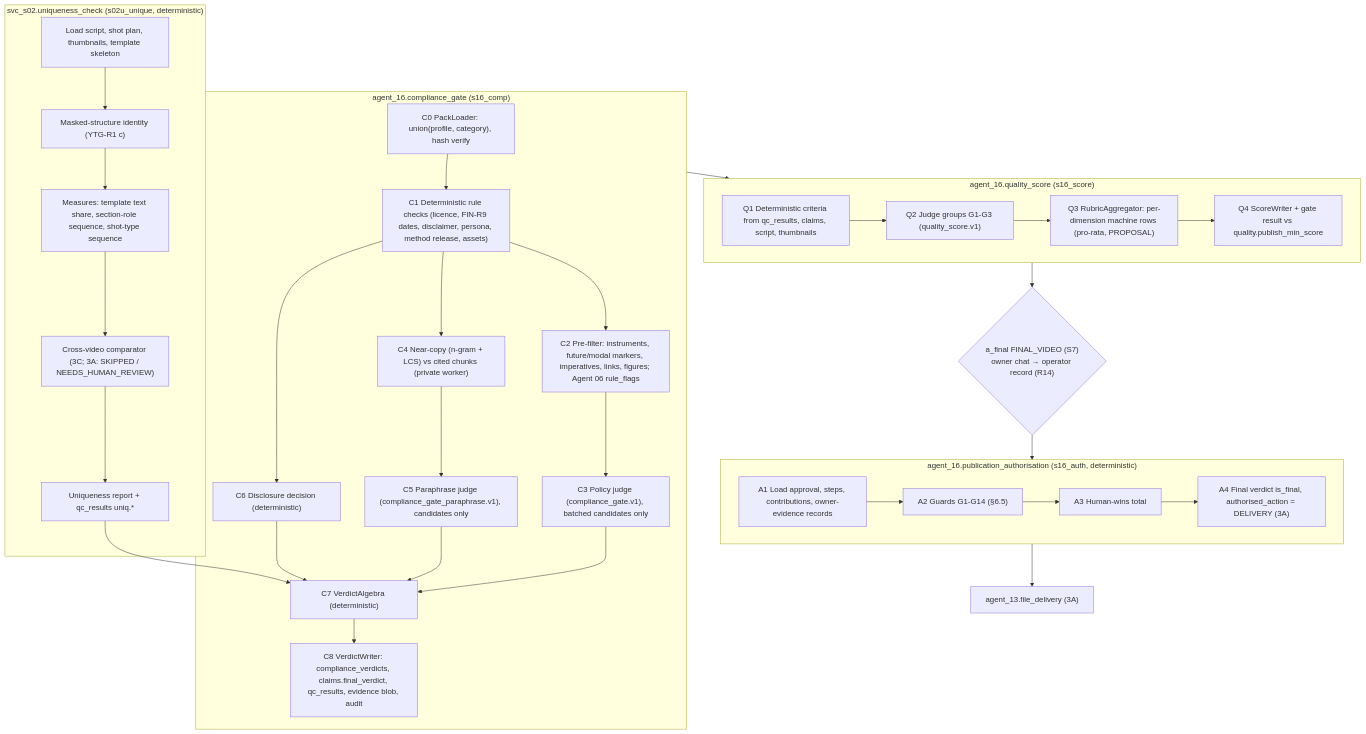
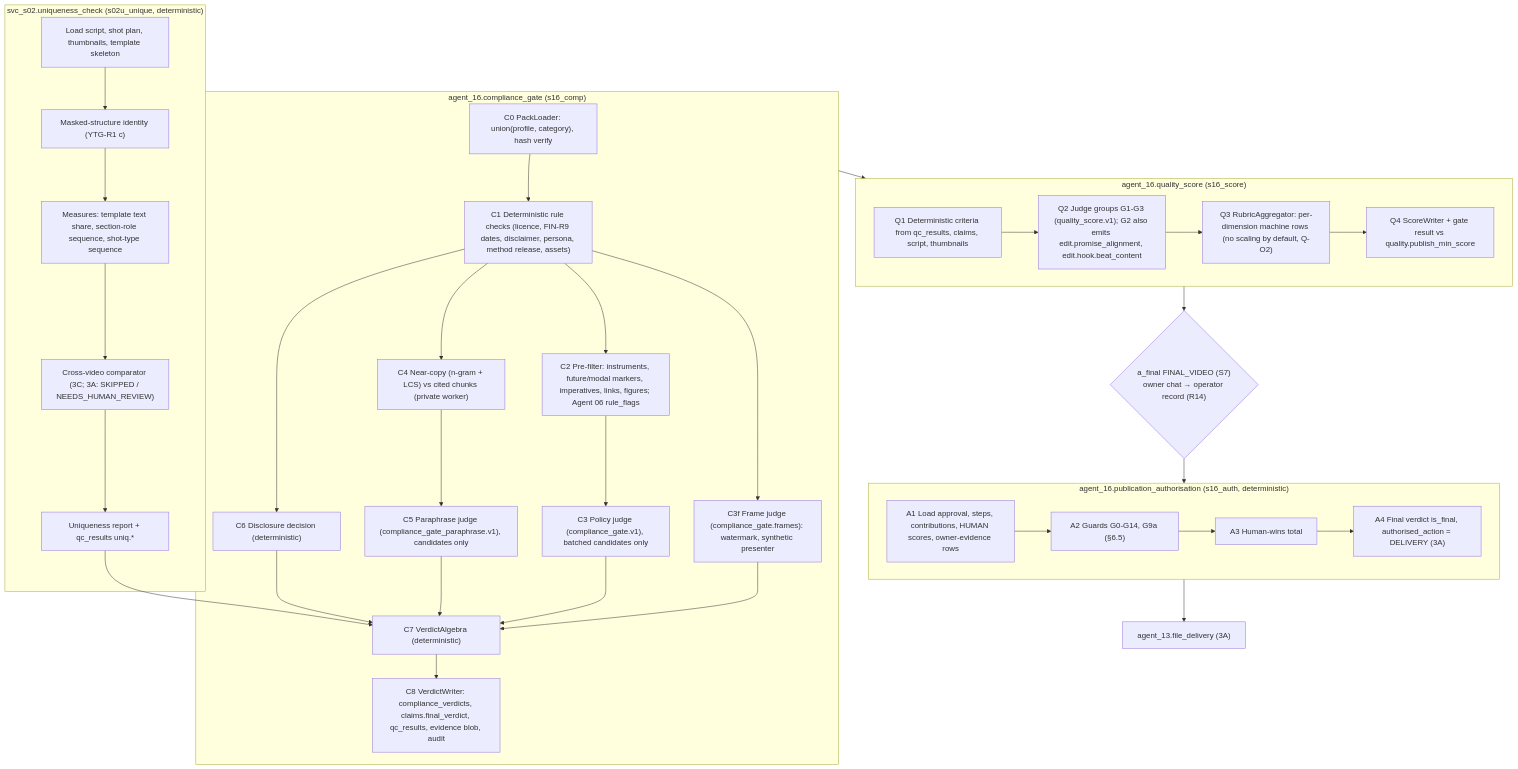
The diagram in docs/v4/agents/agent_16_compliance_qa.md (abhiwasu007-a11y/Media), drawn with Mermaid before and after one commit. The commit also changed other lines of this file and 7 other files, not shown here.

First line of the commit message:
docs(v4): agent 16 blueprint, gate/paraphrase/frames prompts and gate eval aligned to merged contracts (part 1)

````diff
--- a/docs/v4/agents/agent_16_compliance_qa.md
+++ b/docs/v4/agents/agent_16_compliance_qa.md
@@ -98,36 +101,38 @@
 ```mermaid
 flowchart TD
   subgraph S02["svc_s02.uniqueness_check (s02u_unique, deterministic)"]
     U1["Load script, shot plan, thumbnails, template skeleton"] --> U2["Masked-structure identity (YTG-R1 c)"]
     U2 --> U3["Measures: template text share, section-role sequence, shot-type sequence"]
     U3 --> U4["Cross-video comparator (3C; 3A: SKIPPED / NEEDS_HUMAN_REVIEW)"]
     U4 --> U5["Uniqueness report + qc_results uniq.*"]
   end
   subgraph CG["agent_16.compliance_gate (s16_comp)"]
     C0["C0 PackLoader: union(profile, category), hash verify"] --> C1["C1 Deterministic rule checks (licence, FIN-R9 dates, disclaimer, persona, method release, assets)"]
     C1 --> C2["C2 Pre-filter: instruments, future/modal markers, imperatives, links, figures; Agent 06 rule_flags"]
     C2 --> C3["C3 Policy judge (compliance_gate.v1), batched candidates only"]
+    C1 --> C3F["C3f Frame judge (compliance_gate.frames): watermark, synthetic presenter"]
+    C3F --> C7
     C1 --> C4["C4 Near-copy (n-gram + LCS) vs cited chunks (private worker)"]
     C4 --> C5["C5 Paraphrase judge (compliance_gate_paraphrase.v1), candidates only"]
     C1 --> C6["C6 Disclosure decision (deterministic)"]
     C3 --> C7["C7 VerdictAlgebra (deterministic)"]
     C5 --> C7
     C6 --> C7
     U5 --> C7
     C7 --> C8["C8 VerdictWriter: compliance_verdicts, claims.final_verdict, qc_results, evidence blob, audit"]
   end
   subgraph QS["agent_16.quality_score (s16_score)"]
-    Q1["Q1 Deterministic criteria from qc_results, claims, script, thumbnails"] --> Q2["Q2 Judge groups G1-G3 (quality_score.v1)"]
-    Q2 --> Q3["Q3 RubricAggregator: per-dimension machine rows (pro-rata, PROPOSAL)"]
+    Q1["Q1 Deterministic criteria from qc_results, claims, script, thumbnails"] --> Q2["Q2 Judge groups G1-G3 (quality_score.v1); G2 also emits edit.promise_alignment, edit.hook.beat_content"]
+    Q2 --> Q3["Q3 RubricAggregator: per-dimension machine rows (no scaling by default, Q-O2)"]
     Q3 --> Q4["Q4 ScoreWriter + gate result vs quality.publish_min_score"]
   end
   subgraph PA["agent_16.publication_authorisation (s16_auth, deterministic)"]
-    A1["A1 Load approval, steps, contributions, owner-evidence records"] --> A2["A2 Guards G1-G14 (§6.5)"]
+    A1["A1 Load approval, steps, contributions, HUMAN scores, owner-evidence rows"] --> A2["A2 Guards G0-G14, G9a (§6.5)"]
     A2 --> A3["A3 Human-wins total"]
     A3 --> A4["A4 Final verdict is_final, authorised_action = DELIVERY (3A)"]
   end
   CG --> QS
   QS --> AF{"a_final FINAL_VIDEO (S7)<br/>owner chat → operator record (R14)"}
   AF --> PA
   PA --> D["agent_13.file_delivery (3A)"]
 ```
````
